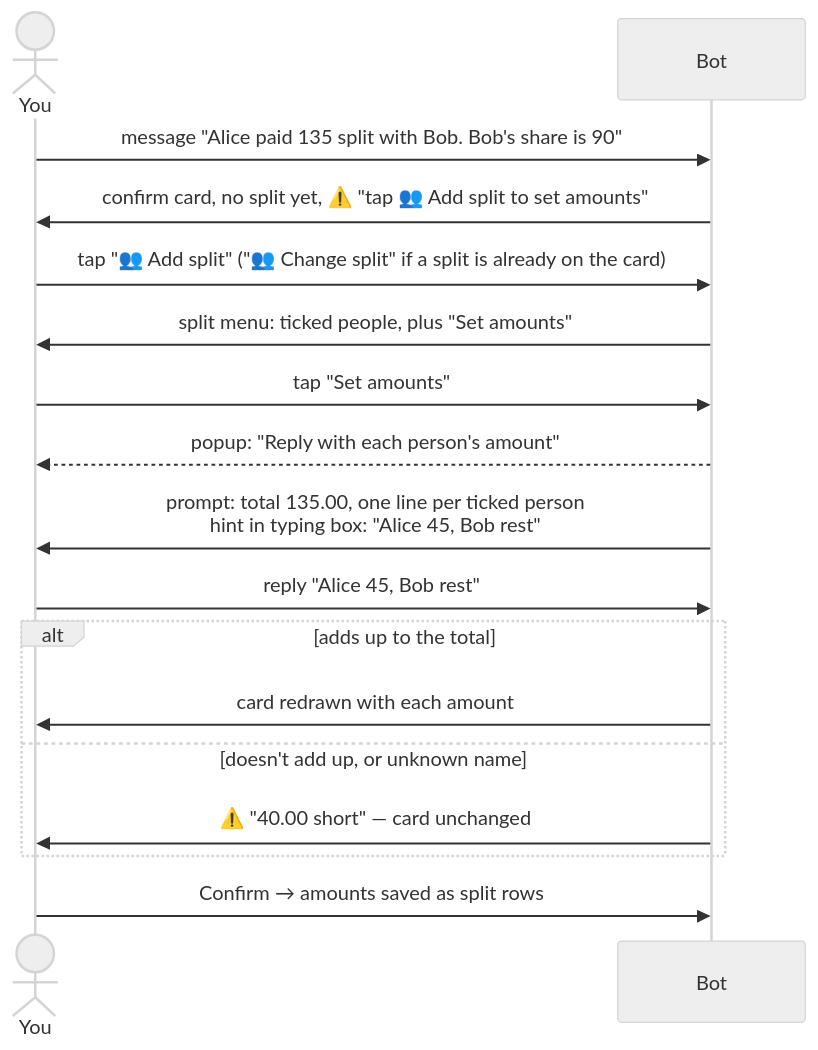
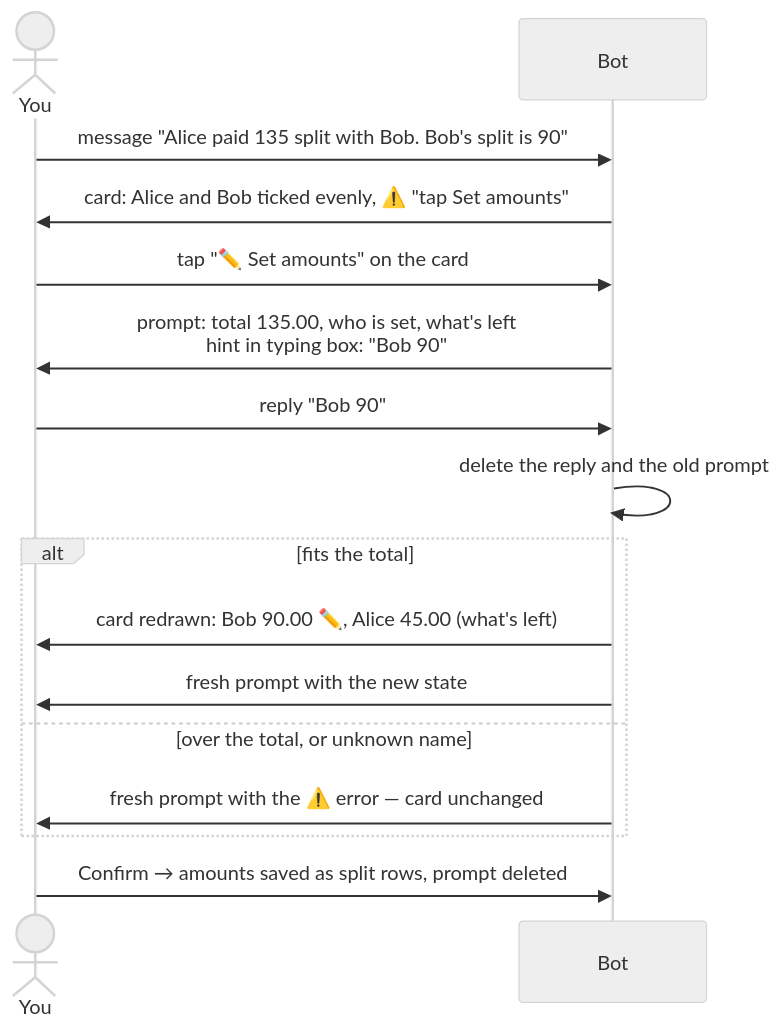
Before and after one commit to sujayjangam/unified-ledger-pipeline: the diagram in docs/decisions/0048-exact-split-amounts-by-reply.md, drawn with Mermaid (neutral theme). The commit also changed other lines of this file and 13 other files, not shown here.

First line of the commit message:
feat: exact split amounts typed as a reply (#112)

````diff
--- a/docs/decisions/0048-exact-split-amounts-by-reply.md
+++ b/docs/decisions/0048-exact-split-amounts-by-reply.md
@@ -14,19 +14,18 @@
 ```mermaid
 sequenceDiagram
     actor U as You
     participant B as Bot
-    U->>B: message "Alice paid 135 split with Bob. Bob's share is 90"
-    B->>U: confirm card, no split yet, ⚠️ "tap 👥 Add split to set amounts"
-    U->>B: tap "👥 Add split" ("👥 Change split" if a split is already on the card)
-    B->>U: split menu: ticked people, plus "Set amounts"
-    U->>B: tap "Set amounts"
-    B-->>U: popup: "Reply with each person's amount"
-    B->>U: prompt: total 135.00, one line per ticked person<br/>hint in typing box: "Alice 45, Bob rest"
-    U->>B: reply "Alice 45, Bob rest"
-    alt adds up to the total
-        B->>U: card redrawn with each amount
-    else doesn't add up, or unknown name
-        B->>U: ⚠️ "40.00 short" — card unchanged
+    U->>B: message "Alice paid 135 split with Bob. Bob's split is 90"
+    B->>U: card: Alice and Bob ticked evenly, ⚠️ "tap Set amounts"
+    U->>B: tap "✏️ Set amounts" on the card
+    B->>U: prompt: total 135.00, who is set, what's left<br/>hint in typing box: "Bob 90"
+    U->>B: reply "Bob 90"
+    B->>B: delete the reply and the old prompt
+    alt fits the total
+        B->>U: card redrawn: Bob 90.00 ✏️, Alice 45.00 (what's left)
+        B->>U: fresh prompt with the new state
+    else over the total, or unknown name
+        B->>U: fresh prompt with the ⚠️ error — card unchanged
     end
-    U->>B: Confirm → amounts saved as split rows
+    U->>B: Confirm → amounts saved as split rows, prompt deleted
 ```
````
